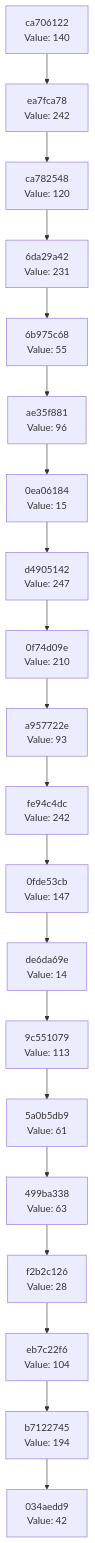
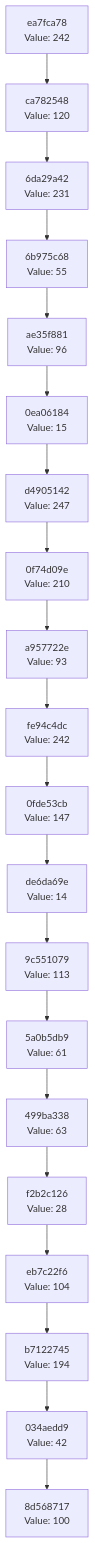
Before and after one commit to Abhisheksinha1506/hash-chain-evolver: the diagram in docs/CHAIN_VISUALIZATION.md, drawn with Mermaid. The commit also changed 2 other files, not shown here.

Commit message:
Evolution Step

````diff
--- a/docs/CHAIN_VISUALIZATION.md
+++ b/docs/CHAIN_VISUALIZATION.md
@@ -3,42 +3,42 @@
 ```mermaid
 graph TD
-    C0["034aedd9<br/>Value: 42"]
-    C1["b7122745<br/>Value: 194"]
+    C0["8d568717<br/>Value: 100"]
+    C1["034aedd9<br/>Value: 42"]
     C1 --> C0
-    C2["eb7c22f6<br/>Value: 104"]
+    C2["b7122745<br/>Value: 194"]
     C2 --> C1
-    C3["f2b2c126<br/>Value: 28"]
+    C3["eb7c22f6<br/>Value: 104"]
     C3 --> C2
-    C4["499ba338<br/>Value: 63"]
+    C4["f2b2c126<br/>Value: 28"]
     C4 --> C3
-    C5["5a0b5db9<br/>Value: 61"]
+    C5["499ba338<br/>Value: 63"]
     C5 --> C4
-    C6["9c551079<br/>Value: 113"]
+    C6["5a0b5db9<br/>Value: 61"]
     C6 --> C5
-    C7["de6da69e<br/>Value: 14"]
+    C7["9c551079<br/>Value: 113"]
     C7 --> C6
-    C8["0fde53cb<br/>Value: 147"]
+    C8["de6da69e<br/>Value: 14"]
     C8 --> C7
-    C9["fe94c4dc<br/>Value: 242"]
+    C9["0fde53cb<br/>Value: 147"]
     C9 --> C8
-    C10["a957722e<br/>Value: 93"]
+    C10["fe94c4dc<br/>Value: 242"]
     C10 --> C9
-    C11["0f74d09e<br/>Value: 210"]
+    C11["a957722e<br/>Value: 93"]
     C11 --> C10
-    C12["d4905142<br/>Value: 247"]
+    C12["0f74d09e<br/>Value: 210"]
     C12 --> C11
-    C13["0ea06184<br/>Value: 15"]
+    C13["d4905142<br/>Value: 247"]
     C13 --> C12
-    C14["ae35f881<br/>Value: 96"]
+    C14["0ea06184<br/>Value: 15"]
     C14 --> C13
-    C15["6b975c68<br/>Value: 55"]
+    C15["ae35f881<br/>Value: 96"]
     C15 --> C14
-    C16["6da29a42<br/>Value: 231"]
+    C16["6b975c68<br/>Value: 55"]
     C16 --> C15
-    C17["ca782548<br/>Value: 120"]
+    C17["6da29a42<br/>Value: 231"]
     C17 --> C16
-    C18["ea7fca78<br/>Value: 242"]
+    C18["ca782548<br/>Value: 120"]
     C18 --> C17
-    C19["ca706122<br/>Value: 140"]
+    C19["ea7fca78<br/>Value: 242"]
     C19 --> C18
 ```
````
